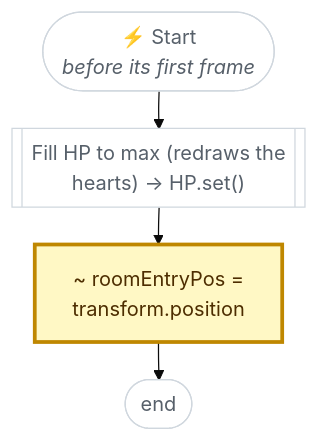
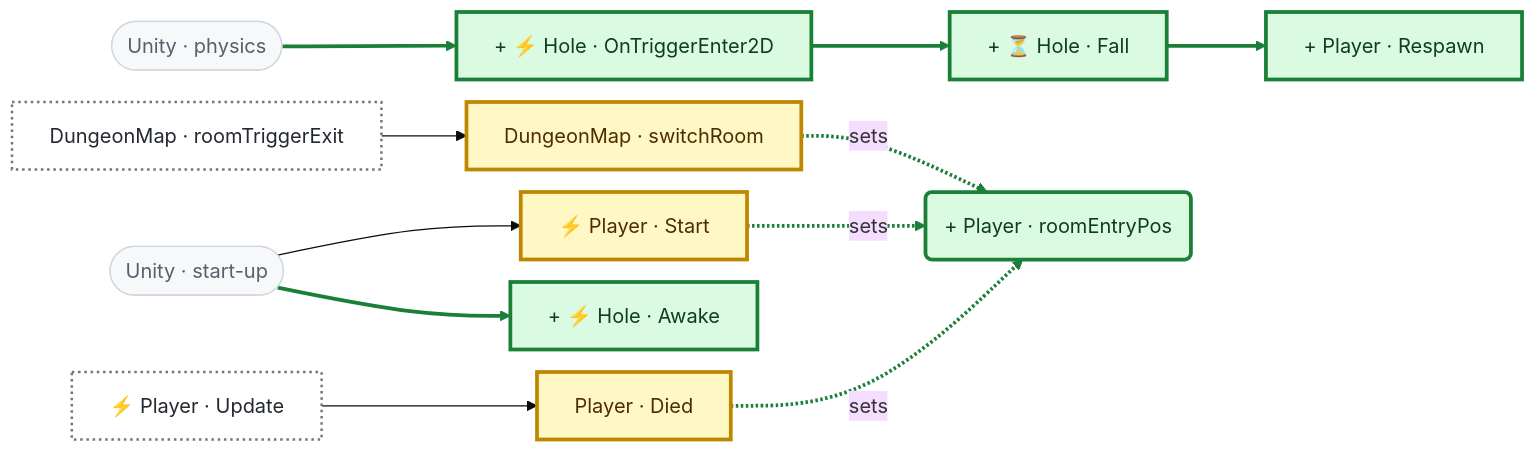
One commit to nataiai/Lord-of-the-Dungeon changed diagram 11 of 11 in CodeGraph~/diffs/b47c315.md. Above: the diagram before and after it, drawn with Mermaid (base theme). The commit also changed other lines of this file and 57 other files, not shown here.

````diff
--- a/CodeGraph~/diffs/b47c315.md
+++ b/CodeGraph~/diffs/b47c315.md
@@ -435,24 +428,55 @@
 ```mermaid
 ---
 config:
   flowchart:
-    wrappingWidth: 260
-    nodeSpacing: 26
-    rankSpacing: 30
+    wrappingWidth: 320
+    nodeSpacing: 18
+    rankSpacing: 60
 ---
-flowchart TD
-  nS(["⚡ Start<br><i>before its first frame</i>"])
-  n104384[["Fill HP to max (redraws the<br>hearts) → HP.set()"]]
-  n8c2866["~ roomEntryPos =<br>transform.position"]
-  nE(["end"])
-  nS --> n104384
-  n104384 --> n8c2866
-  n8c2866 --> nE
+flowchart LR
+  m_DungeonMap_switchRoom["DungeonMap · switchRoom"]
+  m_Player_Start["⚡ Player · Start"]
+  m_Player_Died["Player · Died"]
+  m_Hole_Awake["+ ⚡ Hole · Awake"]
+  m_Hole_OnTriggerEnter2D["+ ⚡ Hole · OnTriggerEnter2D"]
+  m_Hole_Fall["+ ⏳ Hole · Fall"]
+  m_Player_Respawn["+ Player · Respawn"]
+  m_Player_roomEntryPos("+ Player · roomEntryPos")
+  m_DungeonMap_roomTriggerExit["DungeonMap · roomTriggerExit"]
+  U_start_up(["Unity · start-up"])
+  m_Player_Update["⚡ Player · Update"]
+  U_physics(["Unity · physics"])
+  m_DungeonMap_switchRoom -.->|sets| m_Player_roomEntryPos
+  m_DungeonMap_roomTriggerExit --> m_DungeonMap_switchRoom
+  m_Player_Start -.->|sets| m_Player_roomEntryPos
+  U_start_up --> m_Player_Start
+  m_Player_Died -.->|sets| m_Player_roomEntryPos
+  m_Player_Update --> m_Player_Died
+  U_start_up --> m_Hole_Awake
+  m_Hole_OnTriggerEnter2D --> m_Hole_Fall
+  U_physics --> m_Hole_OnTriggerEnter2D
+  m_Hole_Fall --> m_Player_Respawn
+  linkStyle 0 stroke:#1a7f37,stroke-width:3px
+  linkStyle 2 stroke:#1a7f37,stroke-width:3px
+  linkStyle 4 stroke:#1a7f37,stroke-width:3px
+  linkStyle 6 stroke:#1a7f37,stroke-width:3px
+  linkStyle 7 stroke:#1a7f37,stroke-width:3px
+  linkStyle 8 stroke:#1a7f37,stroke-width:3px
+  linkStyle 9 stroke:#1a7f37,stroke-width:3px
+  classDef engine fill:#f6f8fa,stroke:#d0d7de,color:#57606a
+  classDef own fill:#f6f8fa,stroke:#d0d7de,color:#57606a
+  classDef ownev fill:#f6f8fa,stroke:#d0d7de,color:#57606a
+  classDef other fill:#f6f8fa,stroke:#d0d7de,color:#57606a
+  classDef ext fill:#f6f8fa,stroke:#d0d7de,stroke-dasharray:4 3,color:#57606a
+  classDef more fill:#ffffff,stroke:#d0d7de,stroke-dasharray:2 2,color:#57606a
   classDef same fill:#ffffff,stroke:#d0d7de,color:#57606a
   classDef added fill:#dafbe1,stroke:#1a7f37,stroke-width:3px,color:#0f3d1d
-  classDef removed fill:#ffebe9,stroke:#cf222e,stroke-width:3px,color:#82071e
+  classDef removed fill:#ffebe9,stroke:#cf222e,stroke-width:3px,stroke-dasharray:6 4,color:#82071e
   classDef modified fill:#fff8c5,stroke:#bf8700,stroke-width:3px,color:#4d2d00
   classDef impacted fill:#ffffff,stroke:#6e7781,stroke-width:2px,stroke-dasharray:2 3,color:#24292f
-  class n8c2866 modified
-  class nS,n104384,nE same
+  classDef stub fill:#ffffff,stroke:#8c959f,stroke-dasharray:2 3,color:#8c959f
+  class m_Hole_Awake,m_Hole_OnTriggerEnter2D,m_Hole_Fall,m_Player_Respawn,m_Player_roomEntryPos added
+  class U_start_up,U_physics engine
+  class m_DungeonMap_roomTriggerExit,m_Player_Update impacted
+  class m_DungeonMap_switchRoom,m_Player_Start,m_Player_Died modified
 ```
````
